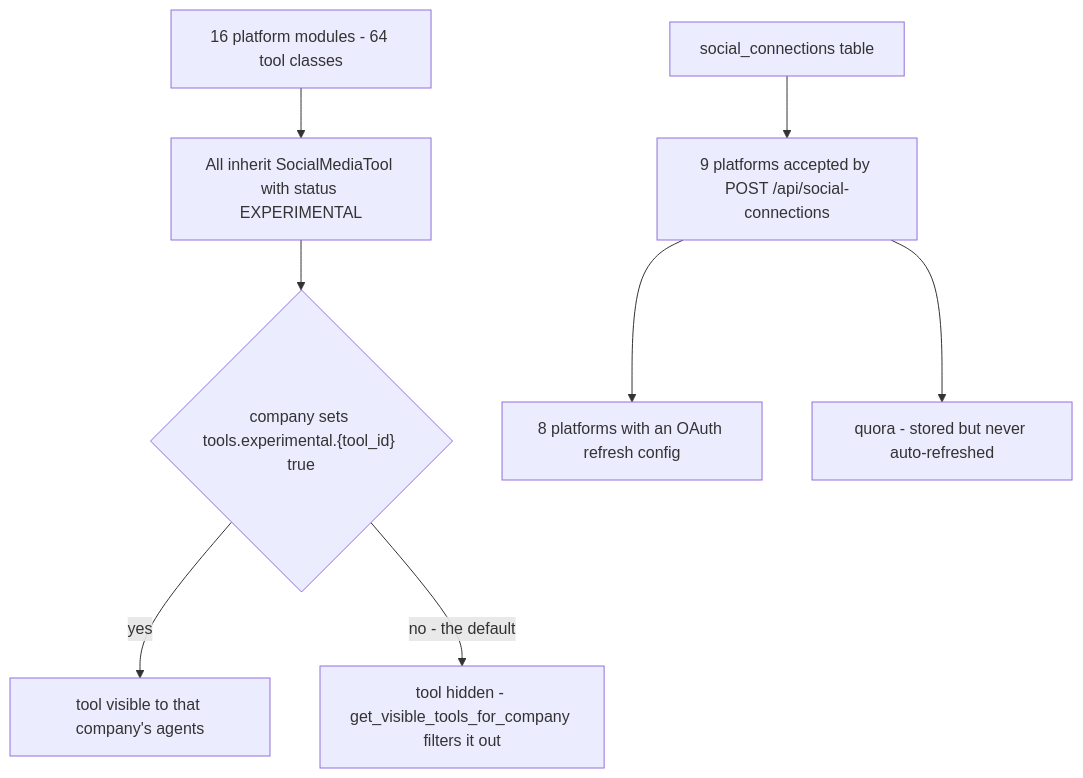
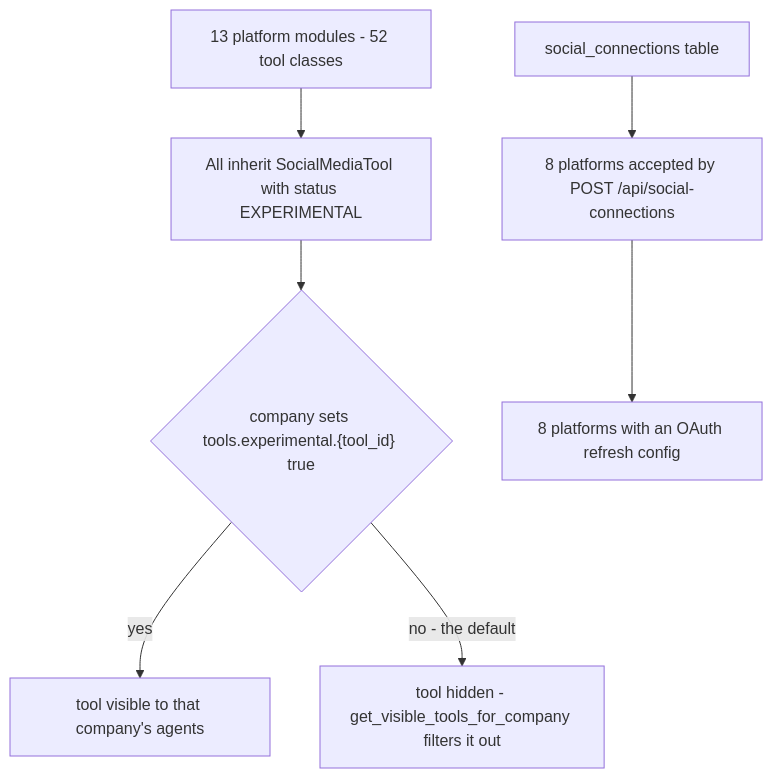
One commit to gondolerahul/hire-buddha-app changed diagram 23 of 31 in docs/current/01-product-overview.md. Above: the diagram before and after it, drawn with Mermaid. The commit also changed other lines of this file and 27 other files, not shown here.

````diff
--- a/docs/current/01-product-overview.md
+++ b/docs/current/01-product-overview.md
@@ -1246,19 +1246,17 @@
 ```mermaid
 flowchart TD
-    M16["16 platform modules - 64 tool classes"]
+    M16["13 platform modules - 52 tool classes"]
     EXP["All inherit SocialMediaTool with status EXPERIMENTAL"]
     FLAG{"company sets tools.experimental.{tool_id} true"}
     VIS["tool visible to that company's agents"]
     HID["tool hidden - get_visible_tools_for_company filters it out"]
 
     CONN["social_connections table"]
-    V9["9 platforms accepted by POST /api/social-connections"]
+    V9["8 platforms accepted by POST /api/social-connections"]
     R8["8 platforms with an OAuth refresh config"]
-    NOREF["quora - stored but never auto-refreshed"]
 
     M16 --> EXP --> FLAG
     FLAG -->|"yes"| VIS
     FLAG -->|"no - the default"| HID
     CONN --> V9 --> R8
-    V9 --> NOREF
 ```
````
